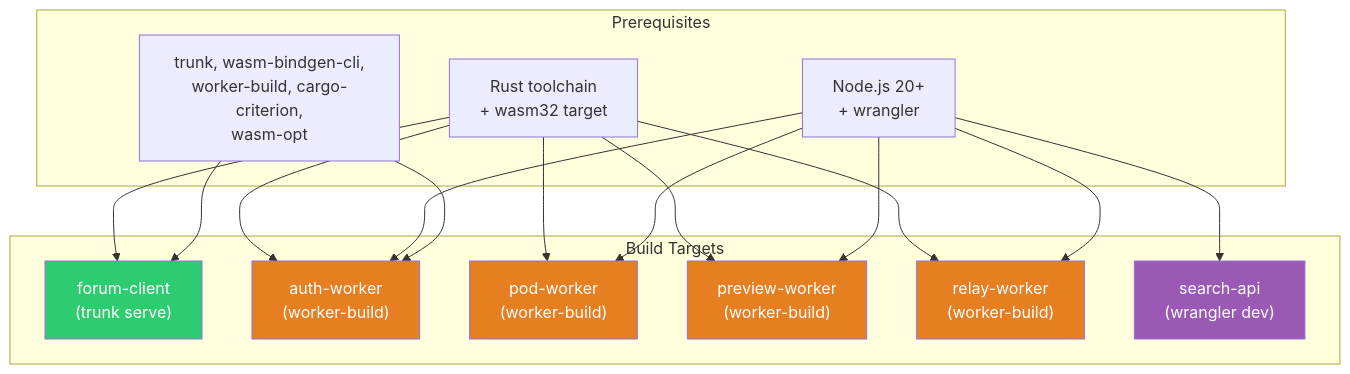
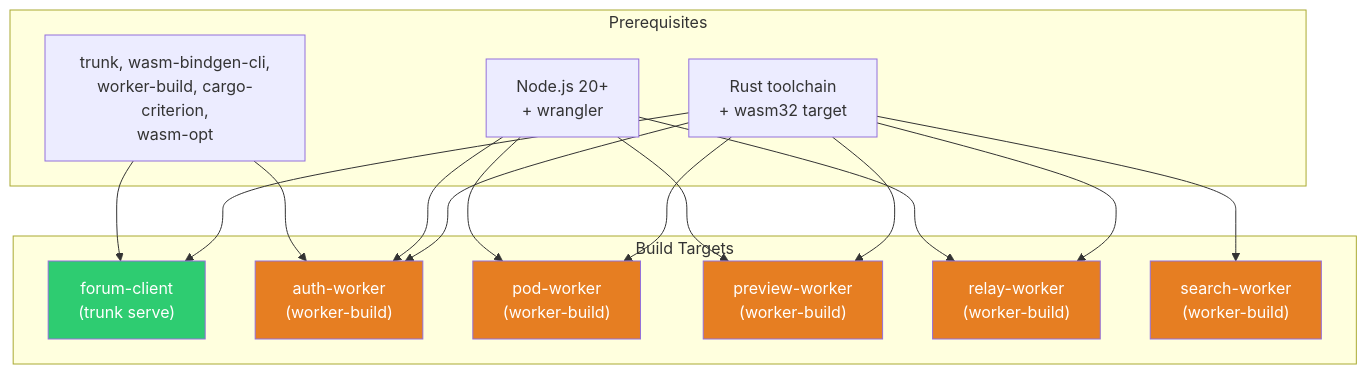
Before and after one commit to DreamLab-AI/dreamlab-ai-website: the first of 2 diagrams in docs/developer/GETTING_STARTED.md, drawn with Mermaid. The commit also changed other lines of this file and 32 other files, not shown here.

````diff
--- a/docs/developer/GETTING_STARTED.md
+++ b/docs/developer/GETTING_STARTED.md
@@ -7,37 +7,37 @@
 ```mermaid
 graph TD
     subgraph "Prerequisites"
         RUST["Rust toolchain<br/>+ wasm32 target"]
         NODE["Node.js 20+<br/>+ wrangler"]
         TOOLS["trunk, wasm-bindgen-cli,<br/>worker-build, cargo-criterion,<br/>wasm-opt"]
     end
 
     subgraph "Build Targets"
         FC["forum-client<br/>(trunk serve)"]
         AW["auth-worker<br/>(worker-build)"]
         PW["pod-worker<br/>(worker-build)"]
         PV["preview-worker<br/>(worker-build)"]
         RW["relay-worker<br/>(worker-build)"]
-        TS["search-api<br/>(wrangler dev)"]
+        SW["search-worker<br/>(worker-build)"]
     end
 
     RUST --> FC
     RUST --> AW
     RUST --> PW
     RUST --> PV
     RUST --> RW
-    NODE --> TS
+    RUST --> SW
     NODE --> AW
     NODE --> PW
     NODE --> PV
     NODE --> RW
     TOOLS --> FC
     TOOLS --> AW
 
     style FC fill:#2ecc71,color:#fff
     style AW fill:#e67e22,color:#fff
     style PW fill:#e67e22,color:#fff
     style PV fill:#e67e22,color:#fff
     style RW fill:#e67e22,color:#fff
-    style TS fill:#9b59b6,color:#fff
+    style SW fill:#e67e22,color:#fff
 ```
````
